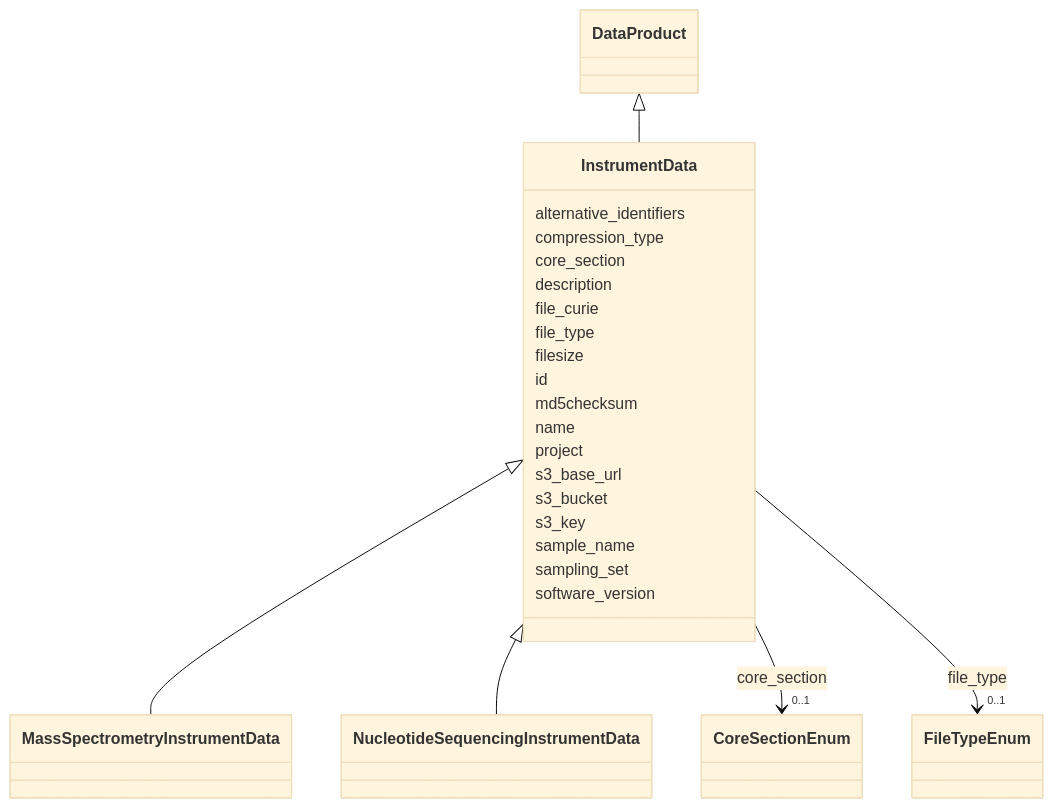
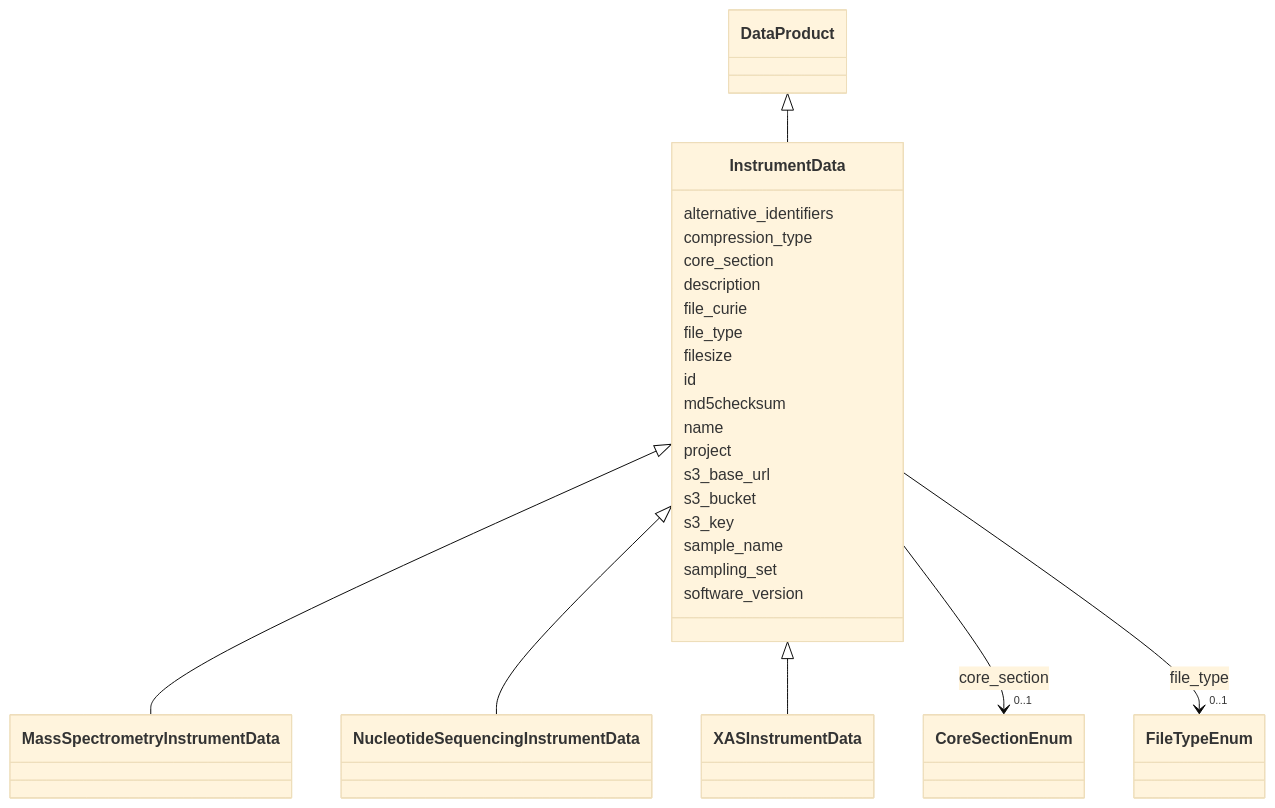
The diagram in docs/elements/InstrumentData.md (EMSL-Computing/BASALT-Schema), drawn with Mermaid (base theme) before and after one commit. The commit also changed other lines of this file and 339 other files, not shown here.

````diff
--- a/docs/elements/InstrumentData.md
+++ b/docs/elements/InstrumentData.md
@@ -20,68 +20,70 @@
 ```mermaid
  classDiagram
     class InstrumentData
     click InstrumentData href "../InstrumentData/"
       DataProduct <|-- InstrumentData
         click DataProduct href "../DataProduct/"
       
 
       InstrumentData <|-- MassSpectrometryInstrumentData
         click MassSpectrometryInstrumentData href "../MassSpectrometryInstrumentData/"
       InstrumentData <|-- NucleotideSequencingInstrumentData
         click NucleotideSequencingInstrumentData href "../NucleotideSequencingInstrumentData/"
+      InstrumentData <|-- XASInstrumentData
+        click XASInstrumentData href "../XASInstrumentData/"
       
 
       InstrumentData : alternative_identifiers
         
       InstrumentData : compression_type
         
       InstrumentData : core_section
         
           
     
         
         
         InstrumentData --> "0..1" CoreSectionEnum : core_section
         click CoreSectionEnum href "../CoreSectionEnum/"
     
 
         
       InstrumentData : description
         
       InstrumentData : file_curie
         
       InstrumentData : file_type
         
           
     
         
         
         InstrumentData --> "0..1" FileTypeEnum : file_type
         click FileTypeEnum href "../FileTypeEnum/"
     
 
         
       InstrumentData : filesize
         
       InstrumentData : id
         
       InstrumentData : md5checksum
         
       InstrumentData : name
         
       InstrumentData : project
         
       InstrumentData : s3_base_url
         
       InstrumentData : s3_bucket
         
       InstrumentData : s3_key
         
       InstrumentData : sample_name
         
       InstrumentData : sampling_set
         
       InstrumentData : software_version
         
       
 ```
````
